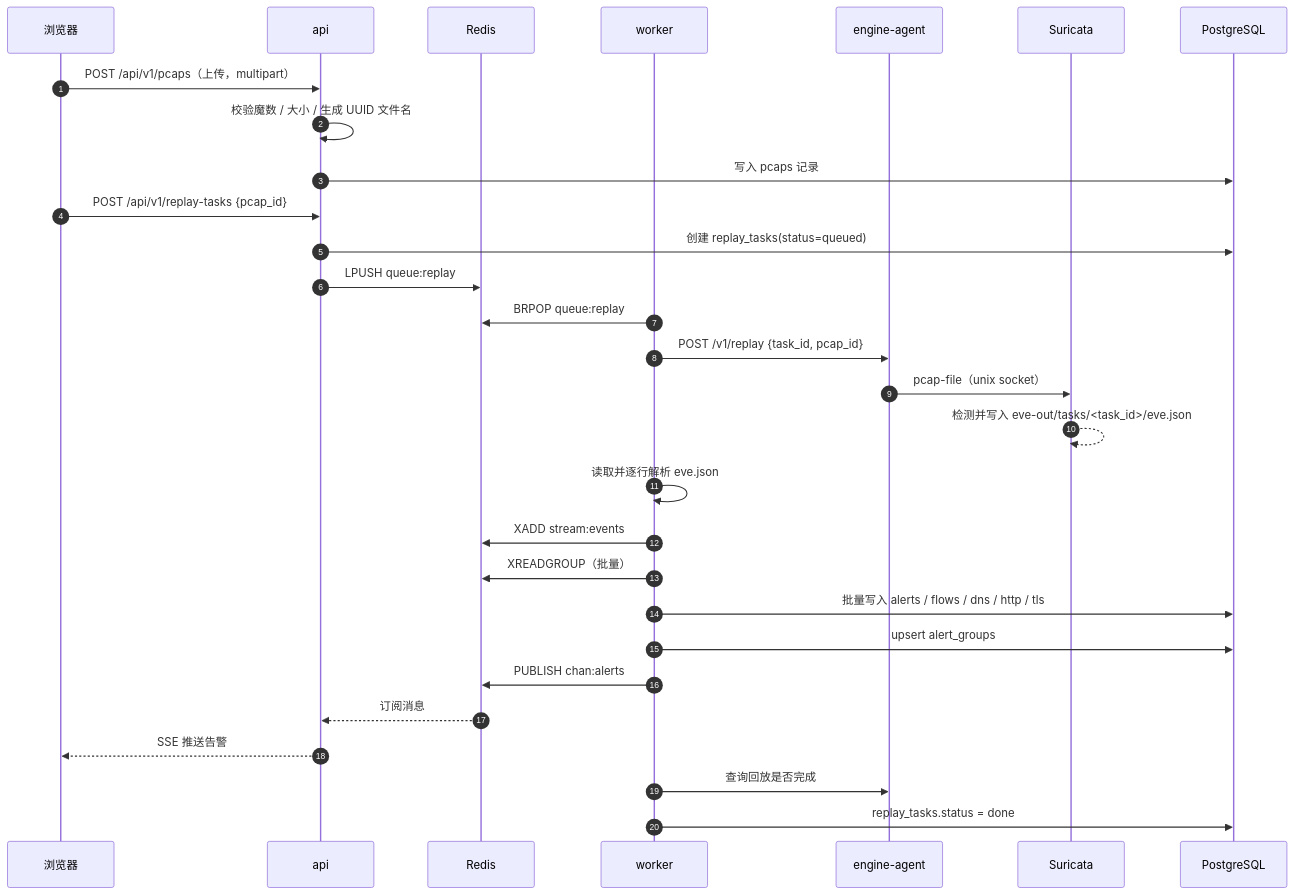
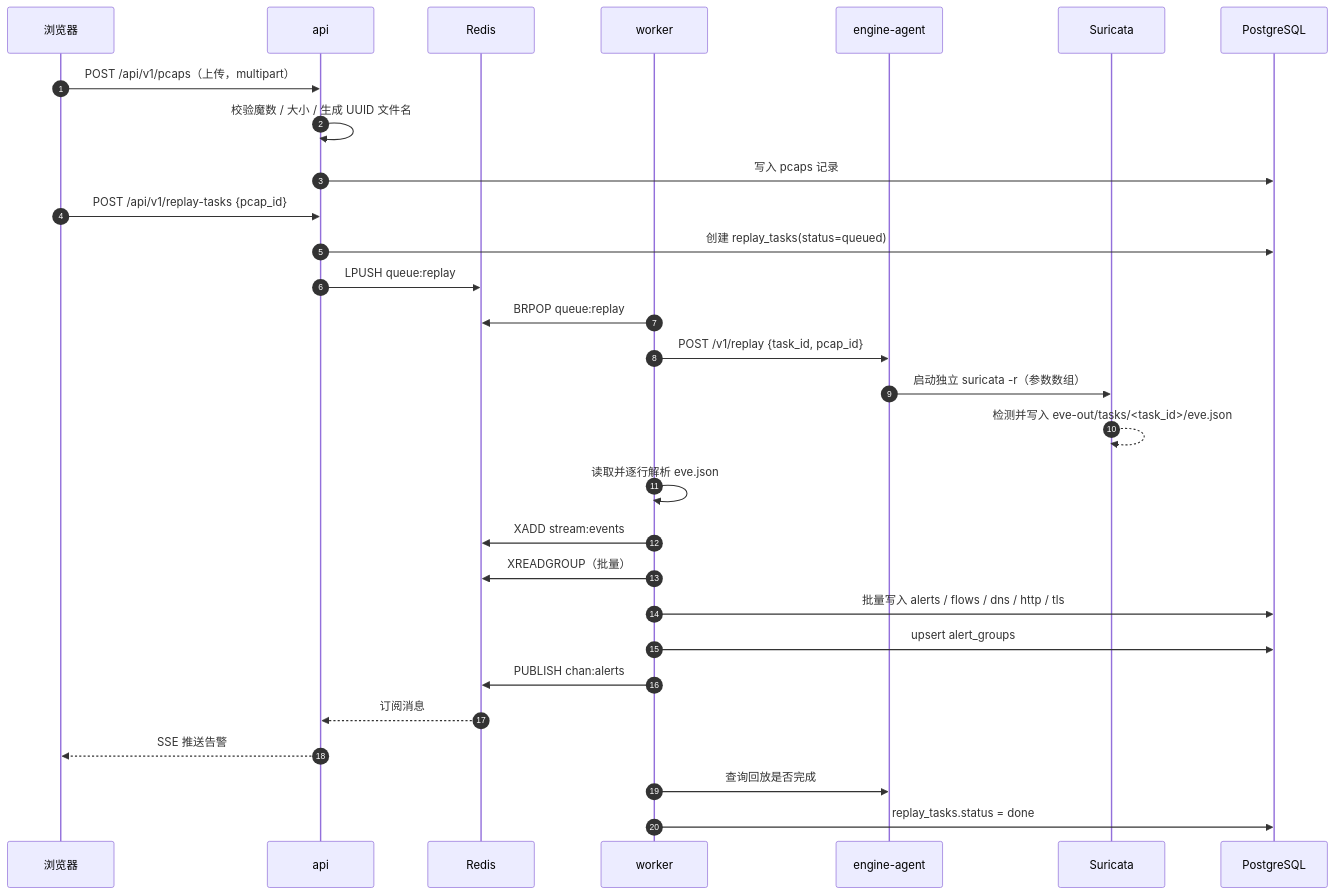
Before and after one commit to ikun245/Spycam: the second of 2 diagrams in docs/系统架构设计.md, drawn with Mermaid. The commit also changed other lines of this file and 44 other files, not shown here.

````diff
--- a/docs/系统架构设计.md
+++ b/docs/系统架构设计.md
@@ -134,32 +134,32 @@
 ```mermaid
 sequenceDiagram
     autonumber
     participant U as 浏览器
     participant A as api
     participant R as Redis
     participant W as worker
     participant G as engine-agent
     participant S as Suricata
     participant P as PostgreSQL
 
     U->>A: POST /api/v1/pcaps（上传，multipart）
     A->>A: 校验魔数 / 大小 / 生成 UUID 文件名
     A->>P: 写入 pcaps 记录
     U->>A: POST /api/v1/replay-tasks {pcap_id}
     A->>P: 创建 replay_tasks(status=queued)
     A->>R: LPUSH queue:replay
     W->>R: BRPOP queue:replay
     W->>G: POST /v1/replay {task_id, pcap_id}
-    G->>S: pcap-file（unix socket）
+    G->>S: 启动独立 suricata -r（参数数组）
     S-->>S: 检测并写入 eve-out/tasks/<task_id>/eve.json
     W->>W: 读取并逐行解析 eve.json
     W->>R: XADD stream:events
     W->>R: XREADGROUP（批量）
     W->>P: 批量写入 alerts / flows / dns / http / tls
     W->>P: upsert alert_groups
     W->>R: PUBLISH chan:alerts
     R-->>A: 订阅消息
     A-->>U: SSE 推送告警
     W->>G: 查询回放是否完成
     W->>P: replay_tasks.status = done
 ```
````
